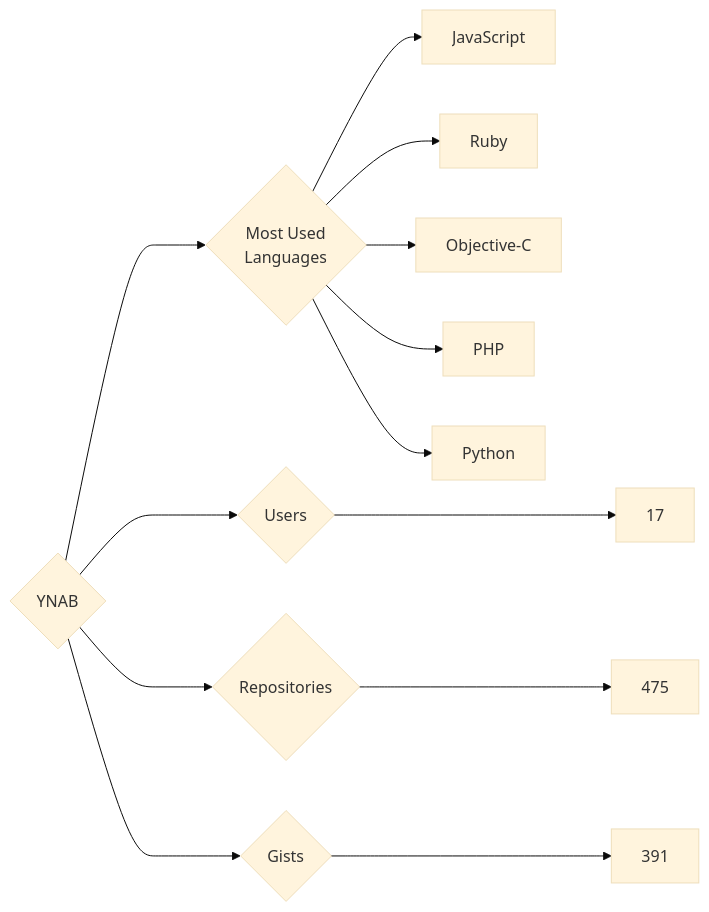
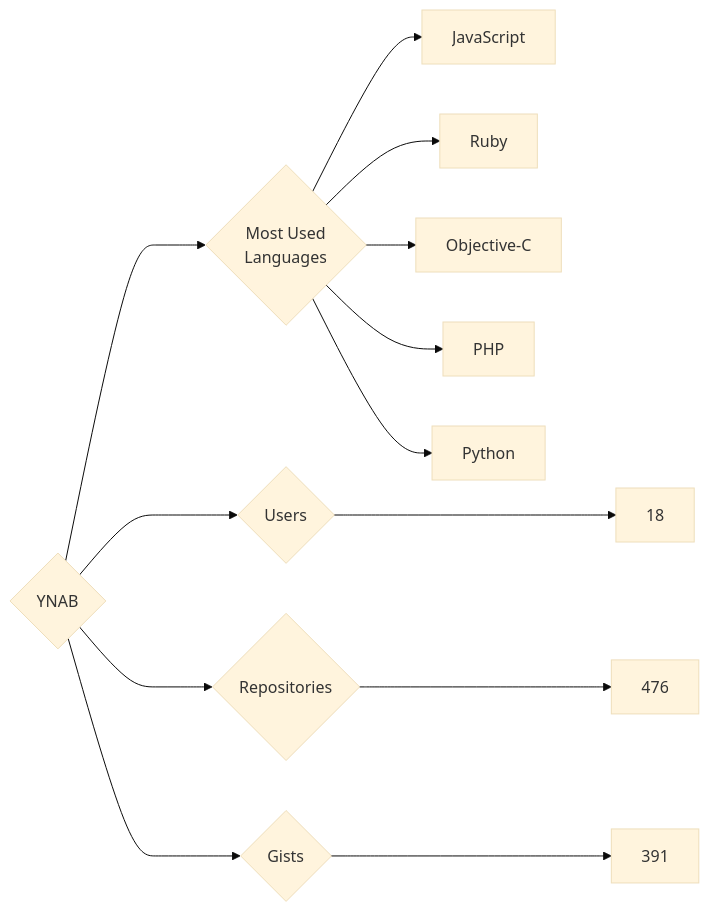
Before and after one commit to trickest/insiders: the diagram in targets/YNAB/README.md, drawn with Mermaid (base theme). The commit also changed 806 other files, not shown here.

````diff
--- a/targets/YNAB/README.md
+++ b/targets/YNAB/README.md
@@ -3,13 +3,13 @@
 ```mermaid
 graph LR
 COMPANY_NAME{YNAB}
-COMPANY_NAME ---> U{Users} ---> UN[17]
-COMPANY_NAME ---> R{Repositories} ---> RN[475]
+COMPANY_NAME ---> U{Users} ---> UN[18]
+COMPANY_NAME ---> R{Repositories} ---> RN[476]
 COMPANY_NAME ---> G{Gists} ---> GN[391]
 COMPANY_NAME ---> ML{Most Used<br>Languages}
 ML --> JavaScript[JavaScript]
 ML --> Ruby[Ruby]
 ML --> Objective-C[Objective-C]
 ML --> PHP[PHP]
 ML --> Python[Python]
 ```
````
